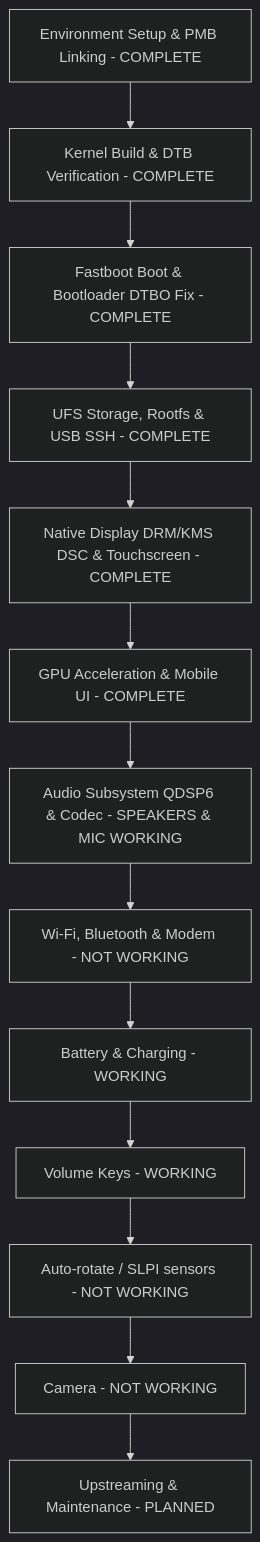
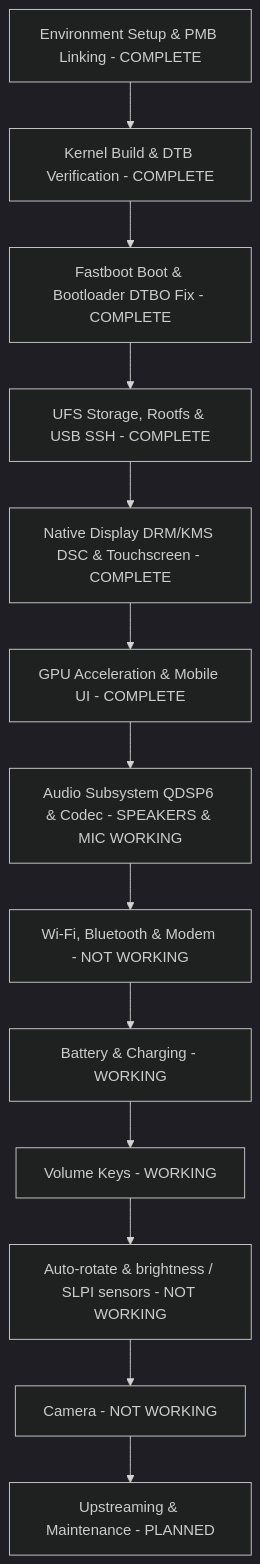
One commit to emilyastranova/guacamole_nura changed the diagram in docs/PLAN.md. Above: the diagram before and after it, drawn with Mermaid (dark theme). The commit also changed other lines of this file and 1 other file, not shown here.

First line of the commit message:
docs: mark open battery work as WIP and add brightness sensor

````diff
--- a/docs/PLAN.md
+++ b/docs/PLAN.md
@@ -26,15 +26,15 @@
 ```mermaid
 flowchart TD
     A[Environment Setup & PMB Linking - COMPLETE] --> B[Kernel Build & DTB Verification - COMPLETE]
     B --> C[Fastboot Boot & Bootloader DTBO Fix - COMPLETE]
     C --> D[UFS Storage, Rootfs & USB SSH - COMPLETE]
     D --> E[Native Display DRM/KMS DSC & Touchscreen - COMPLETE]
     E --> F[GPU Acceleration & Mobile UI - COMPLETE]
     F --> H[Audio Subsystem QDSP6 & Codec - SPEAKERS & MIC WORKING]
     H --> I[Wi-Fi, Bluetooth & Modem - NOT WORKING]
     I --> J[Battery & Charging - WORKING]
     J --> L[Volume Keys - WORKING]
-    L --> M[Auto-rotate / SLPI sensors - NOT WORKING]
+    L --> M[Auto-rotate & brightness / SLPI sensors - NOT WORKING]
     M --> N[Camera - NOT WORKING]
     N --> K[Upstreaming & Maintenance - PLANNED]
 ```
````
